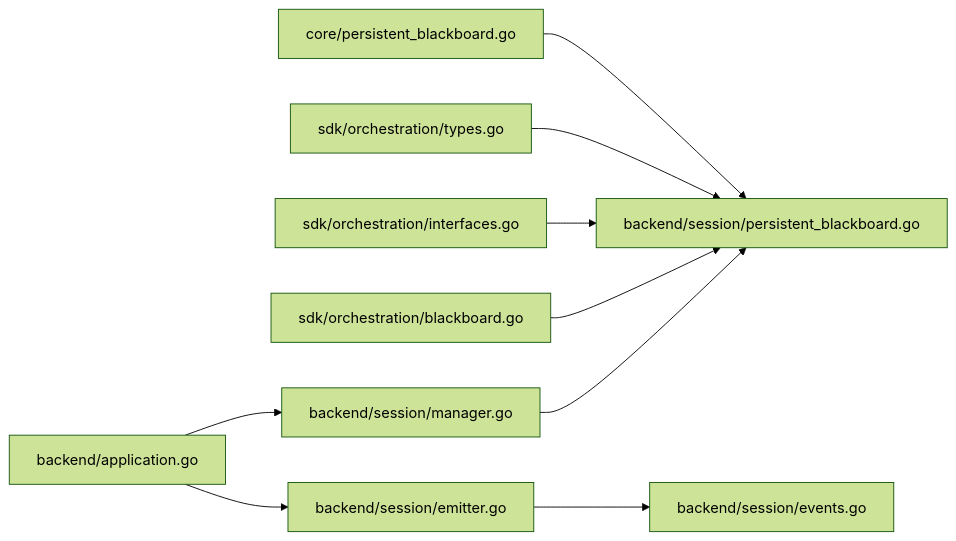
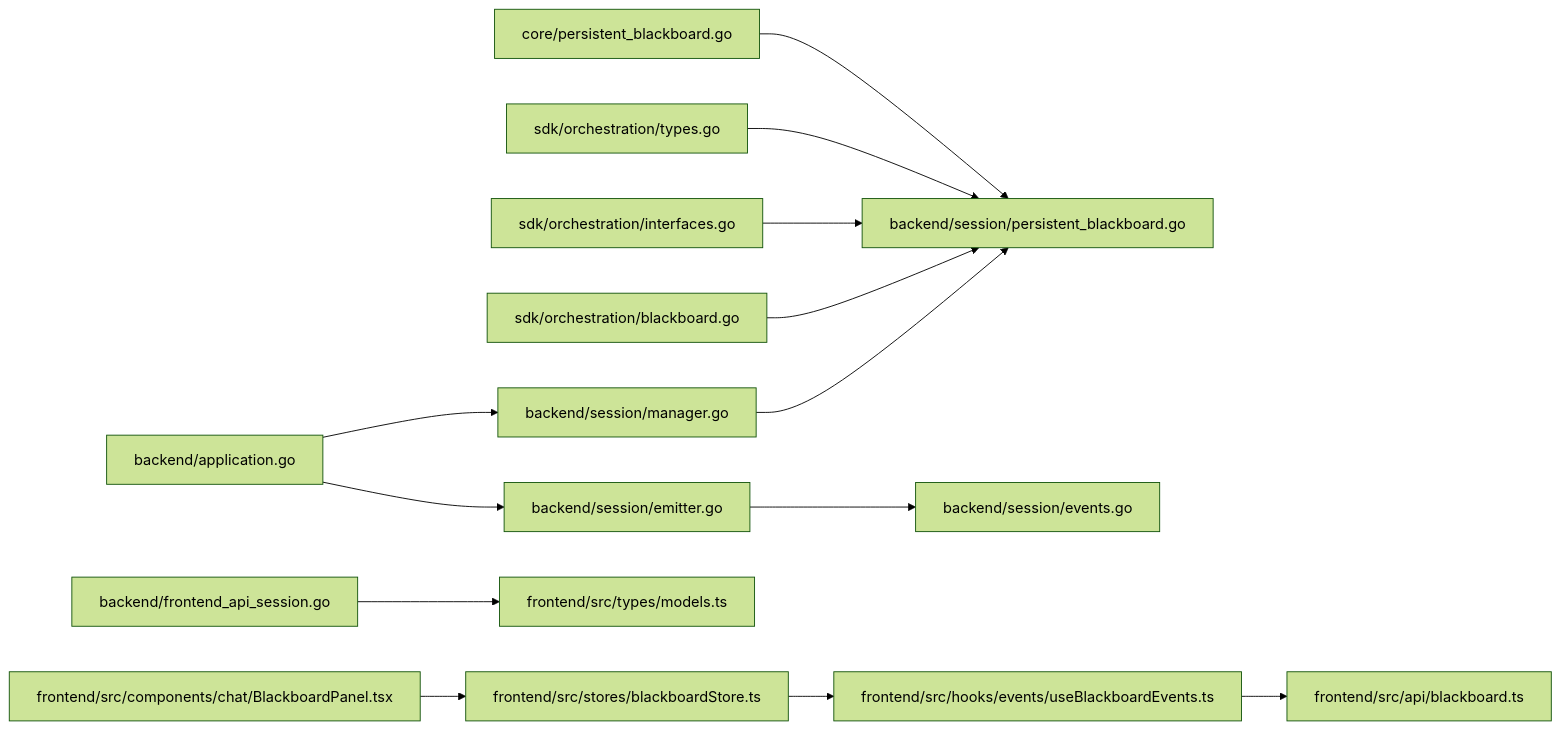
One commit to v0lka/c0wrk changed the ninth of 9 diagrams in .qoder/repowiki/en/content/Memory and Context Management/Blackboard Architecture.md. Above: the diagram before and after it, drawn with Mermaid (forest theme). The commit also changed other lines of this file and 10 other files, not shown here.

````diff
--- a/.qoder/repowiki/en/content/Memory and Context Management/Blackboard Architecture.md
+++ b/.qoder/repowiki/en/content/Memory and Context Management/Blackboard Architecture.md
@@ -377,11 +539,15 @@
 ```mermaid
 graph LR
 CORE["core/persistent_blackboard.go"] --> BACK_SESS["backend/session/persistent_blackboard.go"]
 CORE_TYPES["sdk/orchestration/types.go"] --> BACK_SESS
 ORCH_INTF["sdk/orchestration/interfaces.go"] --> BACK_SESS
 ORCH_BB["sdk/orchestration/blackboard.go"] --> BACK_SESS
 BACK_APP["backend/application.go"] --> BACK_MGR["backend/session/manager.go"]
 BACK_MGR --> BACK_SESS
 BACK_EMM["backend/session/emitter.go"] --> BACK_EVT["backend/session/events.go"]
 BACK_APP --> BACK_EMM
+BACK_FE["backend/frontend_api_session.go"] --> FRONT_MODELS["frontend/src/types/models.ts"]
+FRONT_VIEW["frontend/src/components/chat/BlackboardPanel.tsx"] --> FRONT_STORE["frontend/src/stores/blackboardStore.ts"]
+FRONT_STORE --> FRONT_EVENTS["frontend/src/hooks/events/useBlackboardEvents.ts"]
+FRONT_EVENTS --> FRONT_API["frontend/src/api/blackboard.ts"]
 ```
````
